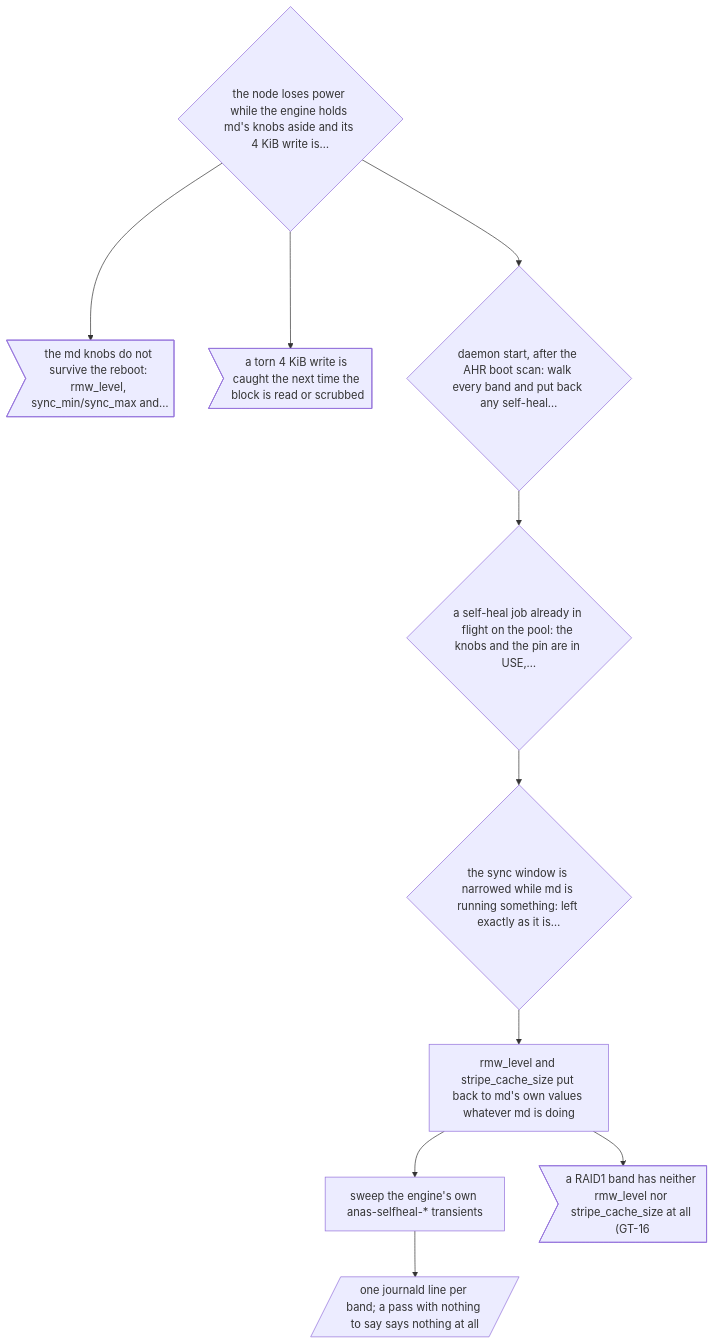
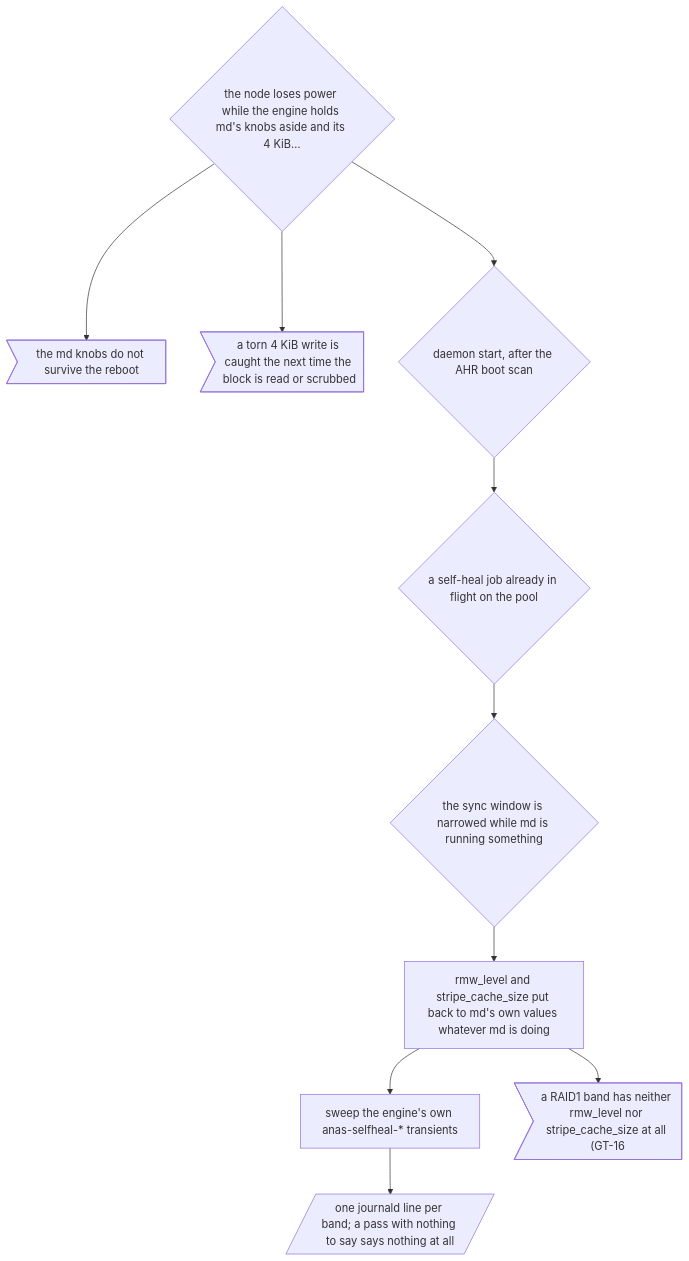
Diagram 13 of 24 in docs/AHR-SELF-HEAL-DECISION-TREE.md (devn-ch/anas), drawn with Mermaid before and after one commit. The commit also changed other lines of this file and 22 other files, not shown here.

````diff
--- a/docs/AHR-SELF-HEAL-DECISION-TREE.md
+++ b/docs/AHR-SELF-HEAL-DECISION-TREE.md
@@ -1155,22 +1251,22 @@
 ```mermaid
 flowchart TD
-  X13{"the node loses power while the engine holds md's knobs aside and its 4 KiB write is…"}
-  X13a>"the md knobs do not survive the reboot: rmw_level, sync_min/sync_max and…"]
+  X13{"the node loses power while the engine holds md's knobs aside and its 4 KiB…"}
+  X13a>"the md knobs do not survive the reboot"]
   X13b>"a torn 4 KiB write is caught the next time the block is read or scrubbed"]
-  RC0{"daemon start, after the AHR boot scan: walk every band and put back any self-heal…"}
-  RC1{"a self-heal job already in flight on the pool: the knobs and the pin are in USE,…"}
-  RC2{"the sync window is narrowed while md is running something: left exactly as it is…"}
+  RC0{"daemon start, after the AHR boot scan"}
+  RC1{"a self-heal job already in flight on the pool"}
+  RC2{"the sync window is narrowed while md is running something"}
   RC3["rmw_level and stripe_cache_size put back to md's own values whatever md is doing"]
   RC4["sweep the engine's own anas-selfheal-* transients"]
   RC6>"a RAID1 band has neither rmw_level nor stripe_cache_size at all (GT-16"]
   RC5[/"one journald line per band; a pass with nothing to say says nothing at all"/]
   X13 --> X13a
   X13 --> X13b
   X13 --> RC0
   RC0 --> RC1
   RC1 --> RC2
   RC2 --> RC3
   RC3 --> RC4
   RC3 --> RC6
   RC4 --> RC5
 ```
````
